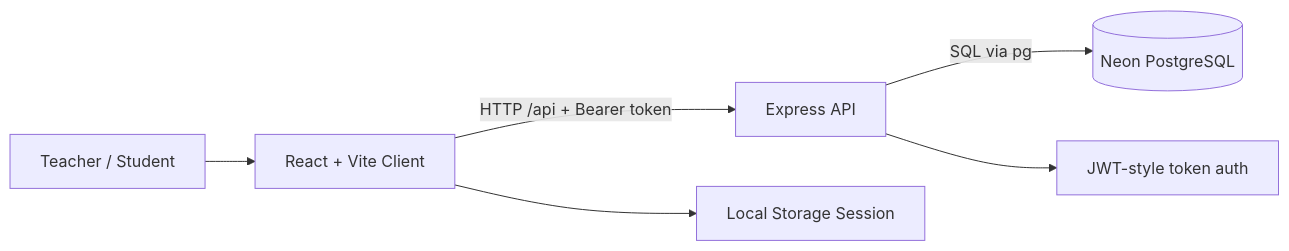
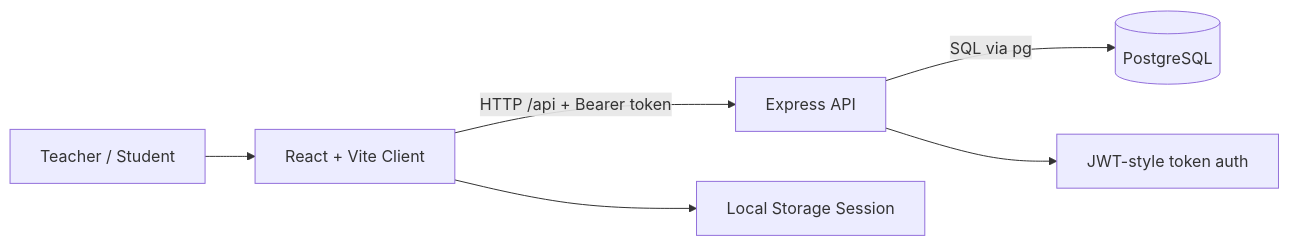
One commit to IgbariaK/ExamApp changed the first of 2 diagrams in README.md. Above: the diagram before and after it, drawn with Mermaid. The commit also changed other lines of this file and 21 other files, not shown here.

````diff
--- a/README.md
+++ b/README.md
@@ -23,8 +23,8 @@
 ```mermaid
 flowchart LR
   User[Teacher / Student] --> Client[React + Vite Client]
   Client -->|HTTP /api + Bearer token| API[Express API]
-  API -->|SQL via pg| DB[(Neon PostgreSQL)]
+  API -->|SQL via pg| DB[(PostgreSQL)]
   API --> Auth[JWT-style token auth]
   Client --> Storage[Local Storage Session]
 ```
````
